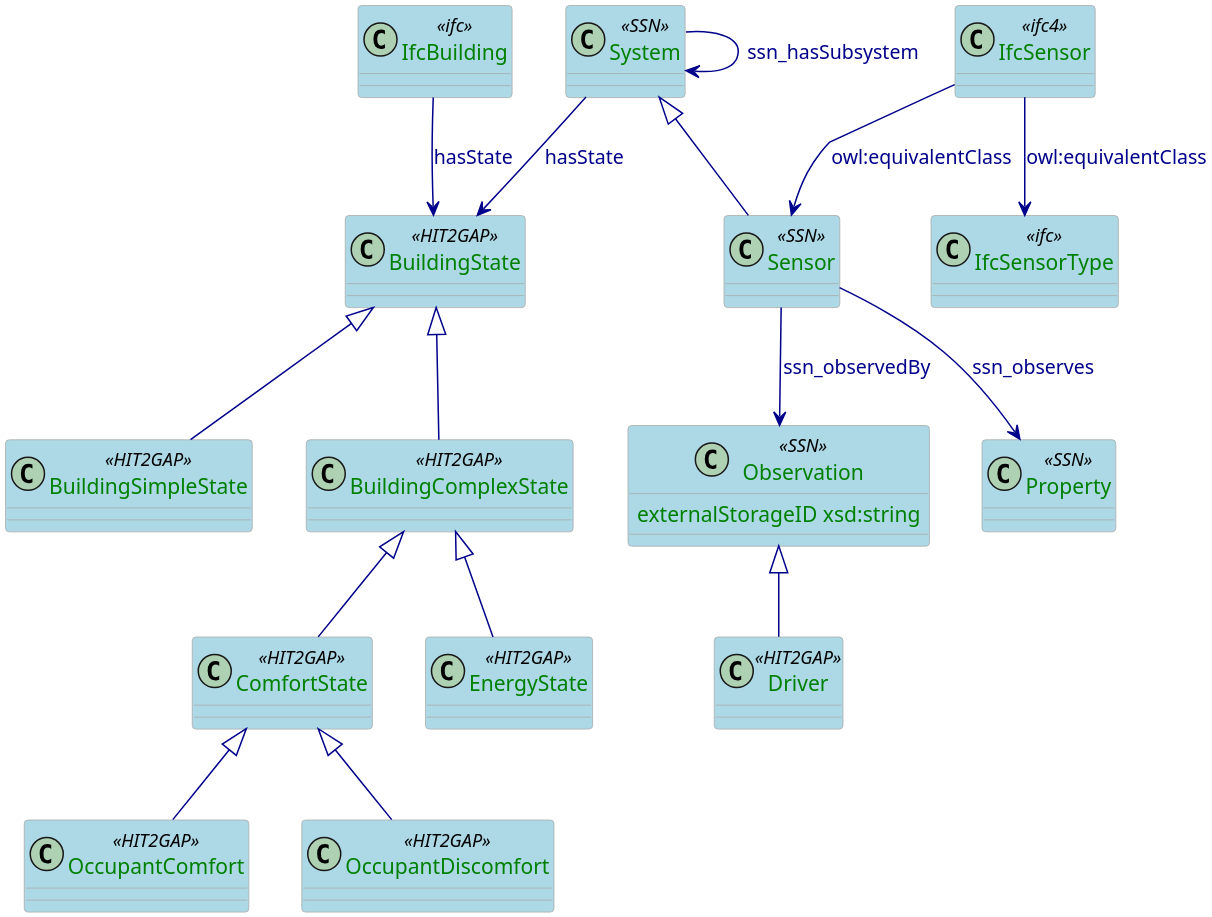
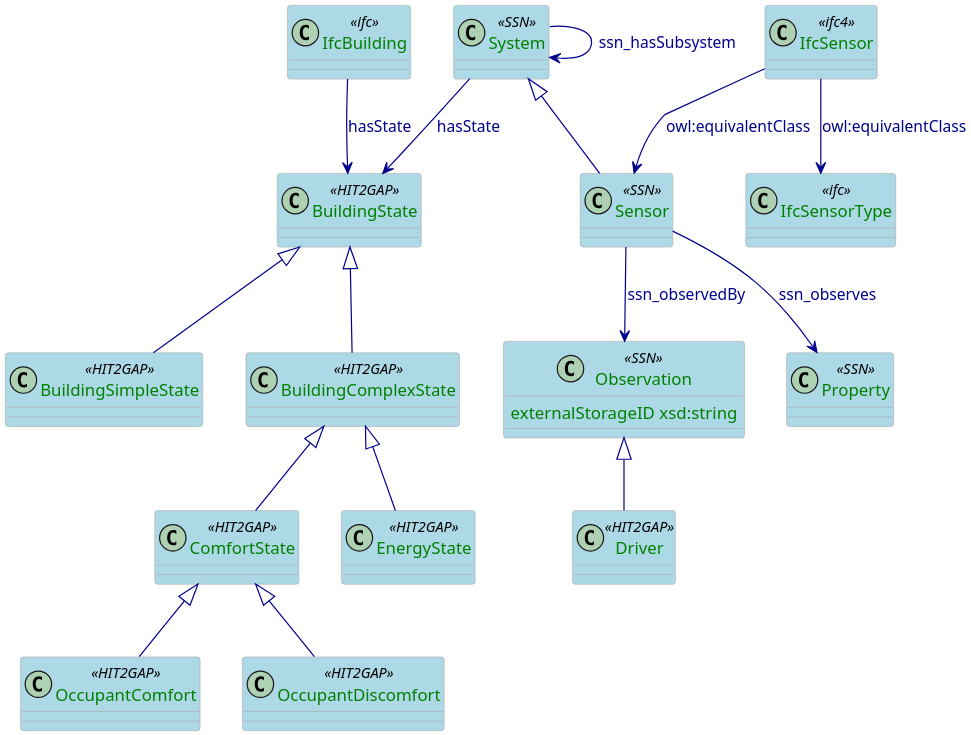
One commit to HIT2GAP-EU-PROJECT/BEMOnt changed the diagram in docs/plantuml/BuildingStateSpecification.puml. Above: the diagram before and after it, drawn with PlantUML. The commit also changed 12 other files, not shown here.

```diff
--- a/docs/plantuml/BuildingStateSpecification.puml
+++ b/docs/plantuml/BuildingStateSpecification.puml
@@ -1,80 +1,82 @@
 @startuml
+
+scale 0.8
 
 skinparam class {
   ArrowColor DarkBlue
   ArrowFontColor DarkBlue
   BackgroundColor LightBlue
   BorderColor DarkGrey
 }
 skinparam dpi 300
 skinparam stereotypeCBackgroundColor Wheat
 skinparam classAttributeFontColor  Green
 
 class System <<SSN>>{
 
 }
 
 class BuildingState <<HIT2GAP>>{
 
 }
 
 class BuildingSimpleState <<HIT2GAP>>{
 
 }
 
 class BuildingComplexState <<HIT2GAP>>{
 
 }
 
 class EnergyState <<HIT2GAP>>{
 
 }
 
 class ComfortState <<HIT2GAP>>{
 
 }
 
 class OccupantComfort <<HIT2GAP>>{
 
 }
 
 class OccupantDiscomfort <<HIT2GAP>>{
 
 }
 class Driver <<HIT2GAP>>{
 
 }
 
 class Observation <<SSN>> {
   externalStorageID xsd:string
 }
 
 class Property <<SSN>> {
 
 }
 
 class Sensor <<SSN>>
 
 class IfcBuilding <<ifc>>
 class IfcSensor <<ifc4>>
 class IfcSensorType <<ifc>>
 
 IfcBuilding --> BuildingState:hasState
 System --> BuildingState: hasState
 BuildingState <|-- BuildingSimpleState
 BuildingState <|-- BuildingComplexState
 BuildingComplexState <|-- EnergyState
 BuildingComplexState <|-- ComfortState
 ComfortState <|-- OccupantComfort
 ComfortState <|-- OccupantDiscomfort
 System --> System:ssn_hasSubsystem
 System <|-- Sensor
 Sensor --> Observation:ssn_observedBy
 Sensor --> Property:ssn_observes
 IfcSensor --> Sensor: owl:equivalentClass
 
 Observation <|-- Driver
 
 IfcSensor --> IfcSensorType: owl:equivalentClass
 
 @enduml
```
